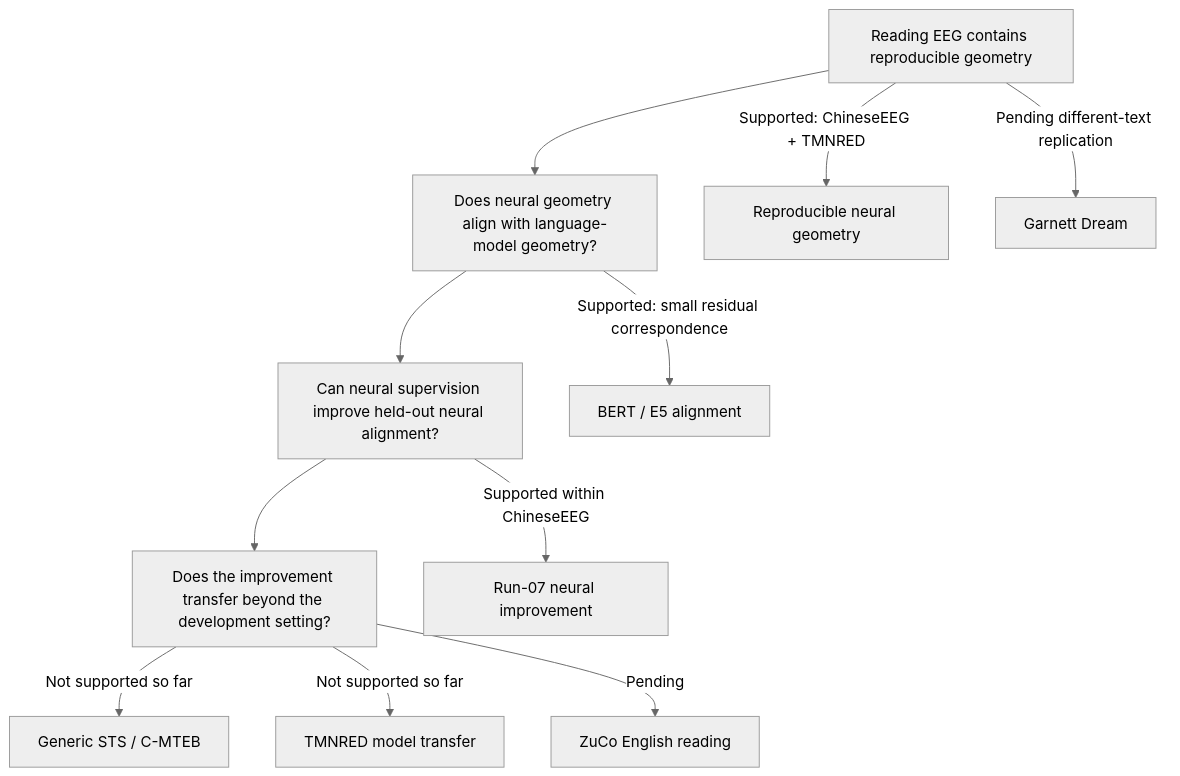
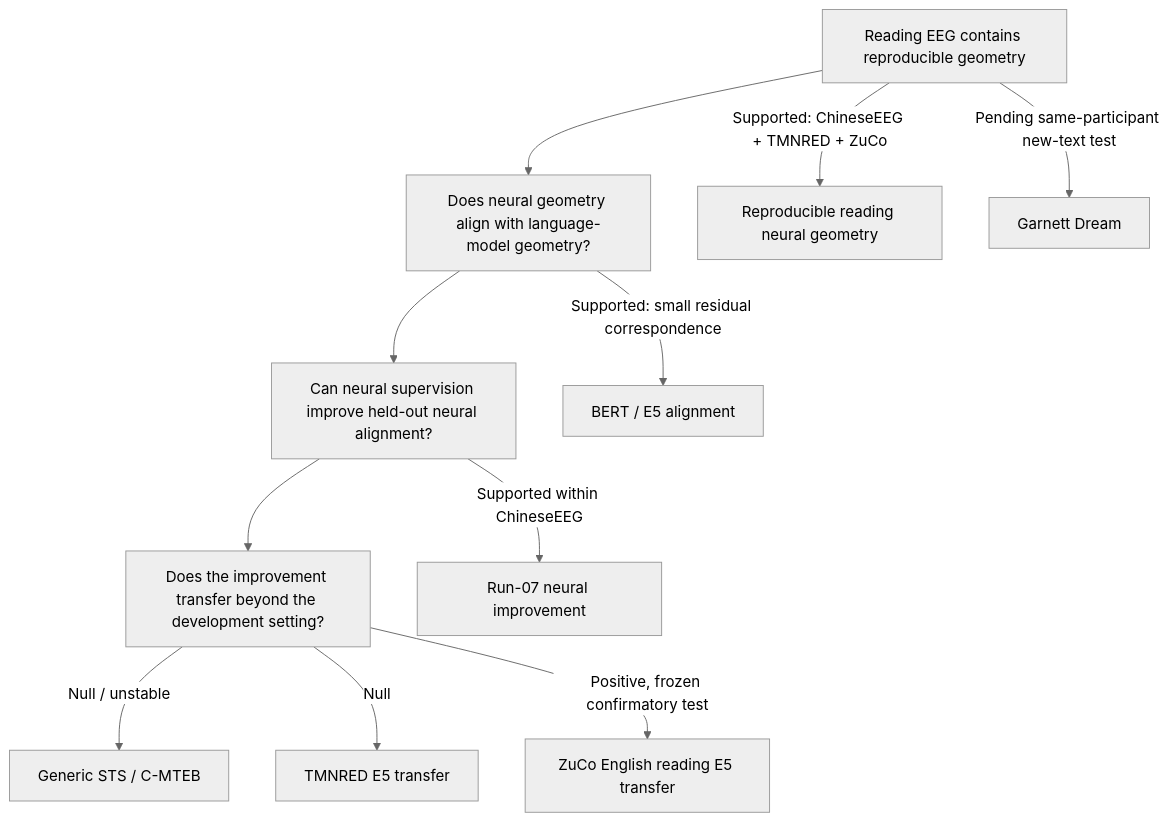
The diagram in docs/1_PROJECT_OVERVIEW.md (vafaei-ar/NeuroSem), drawn with Mermaid (neutral theme) before and after one commit. The commit also changed other lines of this file, not shown here.

Commit message:
docs: update overview after ZuCo reliability and transfer

````diff
--- a/docs/1_PROJECT_OVERVIEW.md
+++ b/docs/1_PROJECT_OVERVIEW.md
@@ -21,14 +21,14 @@
 ```mermaid
 flowchart TD
     A[Reading EEG contains reproducible geometry] --> B[Does neural geometry align with language-model geometry?]
     B --> C[Can neural supervision improve held-out neural alignment?]
     C --> D[Does the improvement transfer beyond the development setting?]
 
-    A -->|Supported: ChineseEEG + TMNRED| A1[Reproducible neural geometry]
+    A -->|Supported: ChineseEEG + TMNRED + ZuCo| A1[Reproducible reading neural geometry]
     B -->|Supported: small residual correspondence| B1[BERT / E5 alignment]
     C -->|Supported within ChineseEEG| C1[Run-07 neural improvement]
-    D -->|Not supported so far| D1[Generic STS / C-MTEB]
-    D -->|Not supported so far| D2[TMNRED model transfer]
-    D -->|Pending| D3[ZuCo English reading]
-    A -->|Pending different-text replication| A2[Garnett Dream]
+    D -->|Null / unstable| D1[Generic STS / C-MTEB]
+    D -->|Null| D2[TMNRED E5 transfer]
+    D -->|Positive, frozen confirmatory test| D3[ZuCo English reading E5 transfer]
+    A -->|Pending same-participant new-text test| A2[Garnett Dream]
 ```
````
